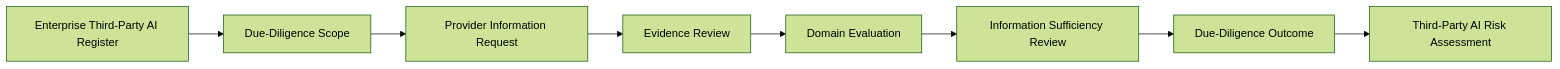
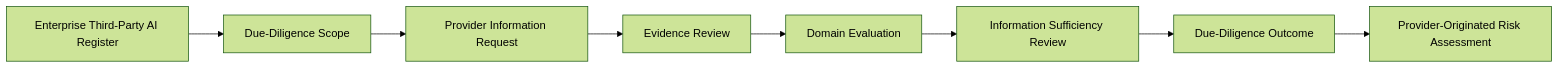
One commit to Governor-AK/enterprise-ai-governance-playbook changed the first of 2 diagrams in 07-Third-Party-AI-Governance/02-Third-Party-Due-Diligence-and-Risk-Assessment.md. Above: the diagram before and after it, drawn with Mermaid (forest theme). The commit also changed other lines of this file, not shown here.

Commit message:
refactor: merge third-party due diligence and risk assessment

````diff
--- a/07-Third-Party-AI-Governance/02-Third-Party-Due-Diligence-and-Risk-Assessment.md
+++ b/07-Third-Party-AI-Governance/02-Third-Party-Due-Diligence-and-Risk-Assessment.md
@@ -39,12 +63,12 @@
 ```mermaid
 flowchart LR
 
 A[Enterprise Third-Party AI Register]
 --> B[Due-Diligence Scope]
 --> C[Provider Information Request]
 --> D[Evidence Review]
 --> E[Domain Evaluation]
 --> F[Information Sufficiency Review]
 --> G[Due-Diligence Outcome]
---> H[Third-Party AI Risk Assessment]
+--> H[Provider-Originated Risk Assessment]
 ```
````
